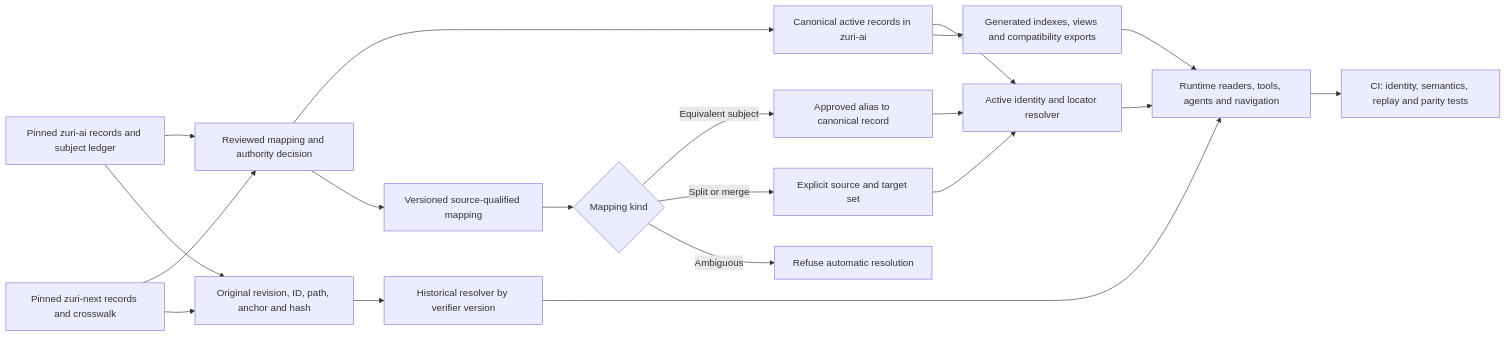
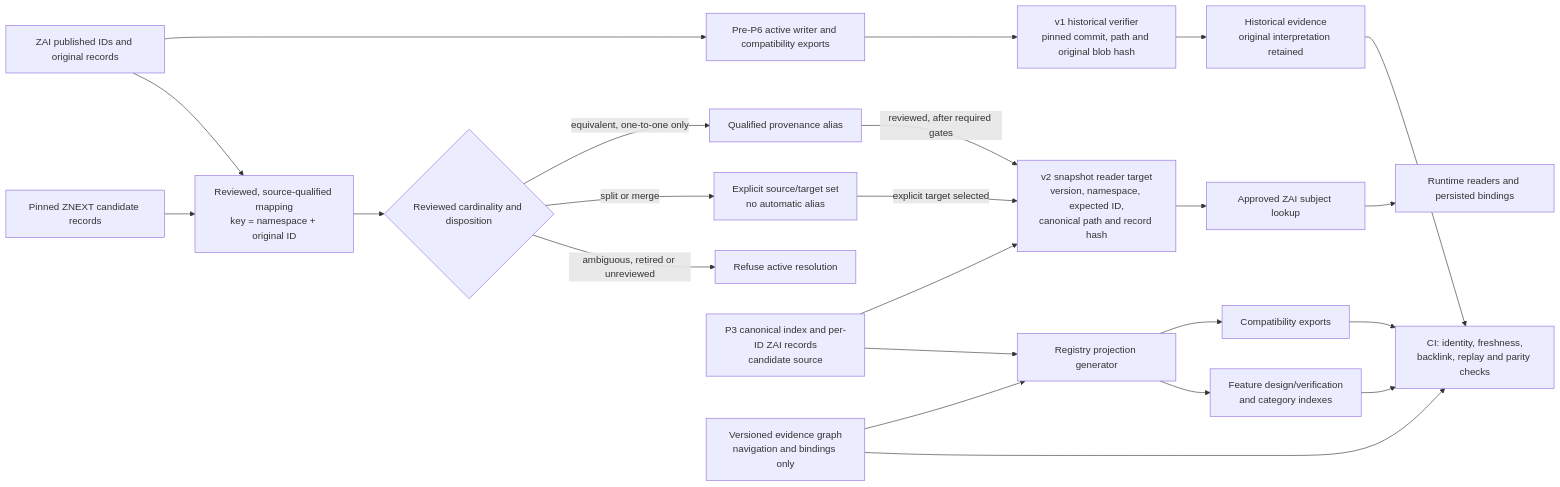
Before and after one commit to Freshair129/zuri.ai: the first of 2 diagrams in docs/migrations/document-reintegration/DIAGRAMS.md, drawn with Mermaid. The commit also changed other lines of this file and 100 other files, not shown here.

Commit message:
Generate canonical feature and navigation views

````diff
--- a/docs/migrations/document-reintegration/DIAGRAMS.md
+++ b/docs/migrations/document-reintegration/DIAGRAMS.md
@@ -15,22 +14,29 @@
 ```mermaid
 flowchart LR
-  ZA["Pinned zuri-ai records and subject ledger"] --> R["Reviewed mapping and authority decision"]
-  ZN["Pinned zuri-next records and crosswalk"] --> R
-  R --> C["Canonical active records in zuri-ai"]
-  R --> X["Versioned source-qualified mapping"]
-  X --> M{"Mapping kind"}
-  M -->|"Equivalent subject"| A["Approved alias to canonical record"]
-  M -->|"Split or merge"| S["Explicit source and target set"]
-  M -->|"Ambiguous"| F["Refuse automatic resolution"]
-  C --> I["Active identity and locator resolver"]
-  A --> I
-  S --> I
-  C --> B["Generated indexes, views and compatibility exports"]
-  ZA --> H["Original revision, ID, path, anchor and hash"]
-  ZN --> H
-  H --> V["Historical resolver by verifier version"]
-  I --> U["Runtime readers, tools, agents and navigation"]
-  V --> U
-  B --> U
-  U --> T["CI: identity, semantics, replay and parity tests"]
+  ZAI["ZAI published IDs and original records"] --> OLD["Pre-P6 active writer and compatibility exports"]
+  OLD --> V1["v1 historical verifier<br/>pinned commit, path and original blob hash"]
+  V1 --> HIST["Historical evidence<br/>original interpretation retained"]
+
+  ZNEXT["Pinned ZNEXT candidate records"] --> MAP["Reviewed, source-qualified mapping<br/>key = namespace + original ID"]
+  ZAI --> MAP
+  MAP --> ONE{"Reviewed cardinality and disposition"}
+  ONE -->|"equivalent, one-to-one only"| ALIAS["Qualified provenance alias"]
+  ONE -->|"split or merge"| SET["Explicit source/target set<br/>no automatic alias"]
+  ONE -->|"ambiguous, retired or unreviewed"| DENY["Refuse active resolution"]
+
+  IDX["P3 canonical index and per-ID ZAI records<br/>candidate source"] --> V2["v2 snapshot reader target<br/>version, namespace, expected ID,<br/>canonical path and record hash"]
+  ALIAS -->|"reviewed, after required gates"| V2
+  SET -->|"explicit target selected"| V2
+  V2 --> ACTIVE["Approved ZAI subject lookup"]
+
+  IDX --> GEN["Registry projection generator"]
+  GRAPH["Versioned evidence graph<br/>navigation and bindings only"] --> GEN
+  GEN --> EXPORT["Compatibility exports"]
+  GEN --> VIEWS["Feature design/verification<br/>and category indexes"]
+  ACTIVE --> RT["Runtime readers and persisted bindings"]
+  CI["CI: identity, freshness,<br/>backlink, replay and parity checks"]
+  HIST --> CI
+  EXPORT --> CI
+  VIEWS --> CI
+  GRAPH --> CI
 ```
````
